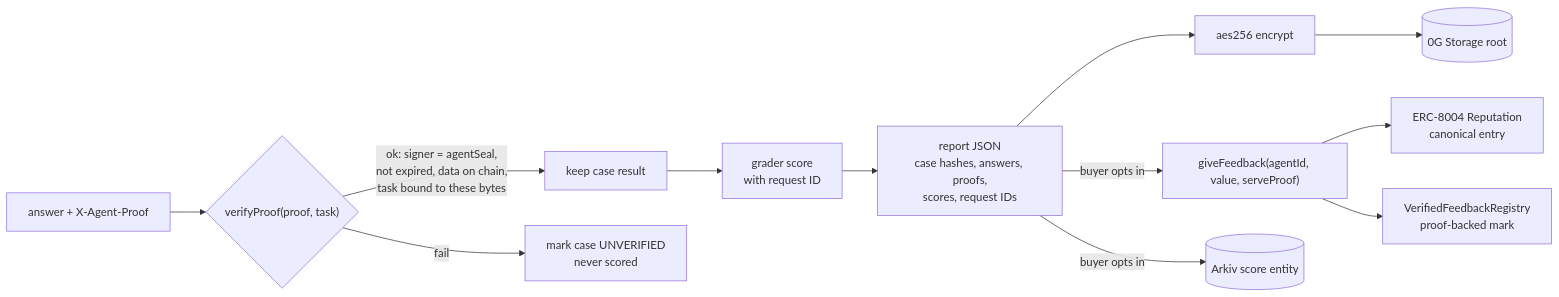
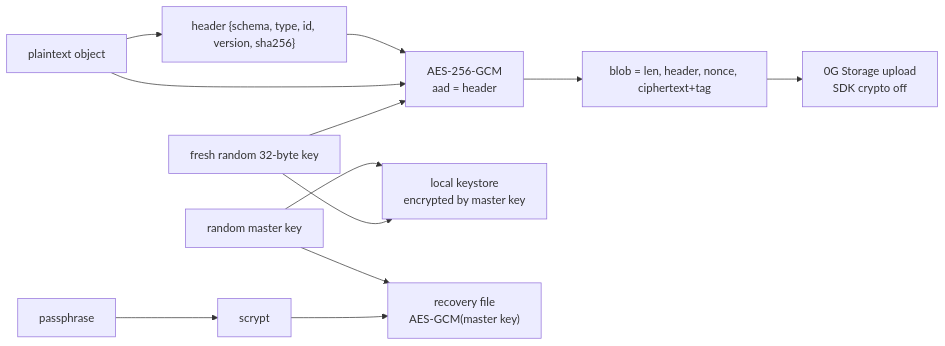
Diagram 11 of 16 in docs/ARCHITECTURE.md (Soni-Shivam/Pivot_HTE), drawn with Mermaid before and after one commit. The commit also changed other lines of this file and 9 other files, not shown here.

````diff
--- a/docs/ARCHITECTURE.md
+++ b/docs/ARCHITECTURE.md
@@ -210,13 +308,12 @@
 ```mermaid
 flowchart LR
-    RESP["answer + X-Agent-Proof"] --> V{"verifyProof(proof, task)"}
-    V -- "ok: signer = agentSeal,<br/>not expired, data on chain,<br/>task bound to these bytes" --> KEEP["keep case result"]
-    V -- "fail" --> DROP["mark case UNVERIFIED<br/>never scored"]
-    KEEP --> G["grader score<br/>with request ID"]
-    G --> REP["report JSON<br/>case hashes, answers, proofs,<br/>scores, request IDs"]
-    REP --> ENC["aes256 encrypt"] --> ST[("0G Storage root")]
-    REP -- "buyer opts in" --> FB["giveFeedback(agentId, value, serveProof)"]
-    FB --> CANON["ERC-8004 Reputation<br/>canonical entry"]
-    FB --> VER["VerifiedFeedbackRegistry<br/>proof-backed mark"]
-    REP -- "buyer opts in" --> AS[("Arkiv score entity")]
+    PT["plaintext object"] --> H["header {schema, type, id, version, sha256}"]
+    K["fresh random 32-byte key"] --> G["AES-256-GCM<br/>aad = header"]
+    PT --> G
+    H --> G
+    G --> BLOB["blob = len, header, nonce, ciphertext+tag"] --> UP["0G Storage upload<br/>SDK crypto off"]
+    K --> KS["local keystore<br/>encrypted by master key"]
+    MK["random master key"] --> KS
+    PW["passphrase"] --> SC["scrypt"] --> RF["recovery file<br/>AES-GCM(master key)"]
+    MK --> RF
 ```
````
